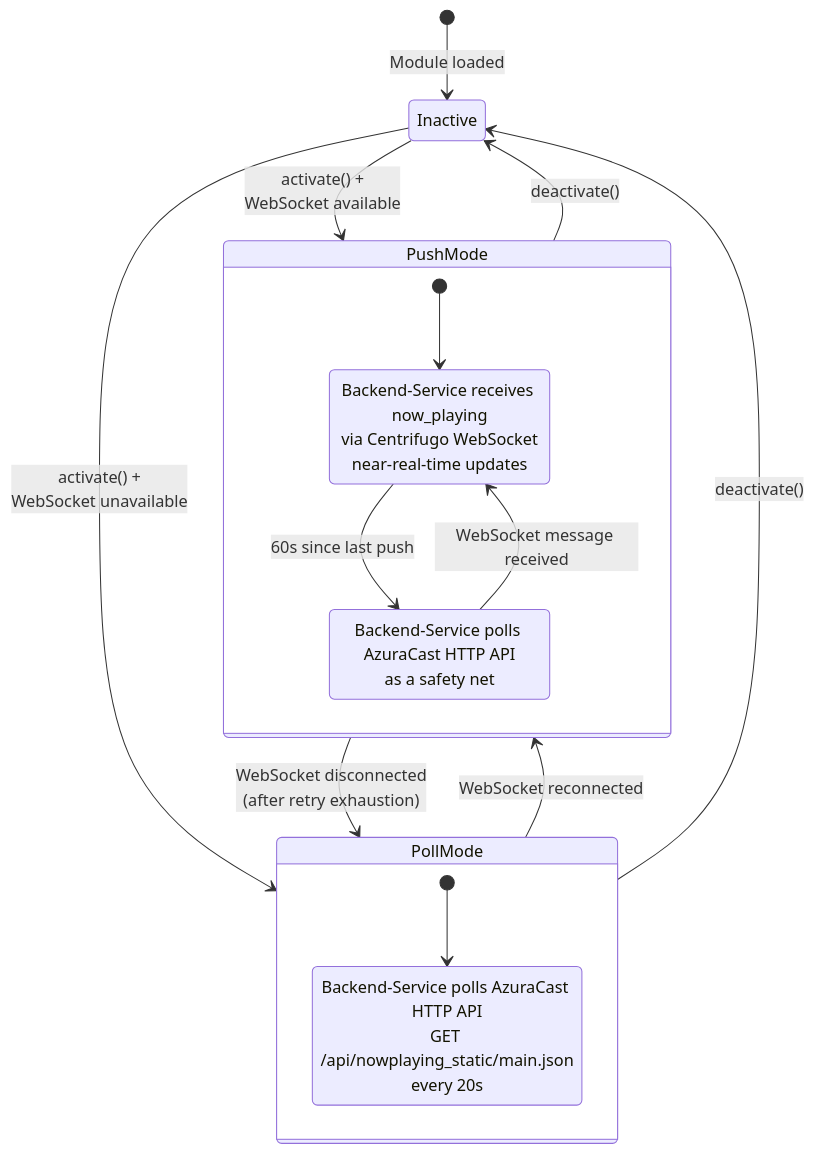
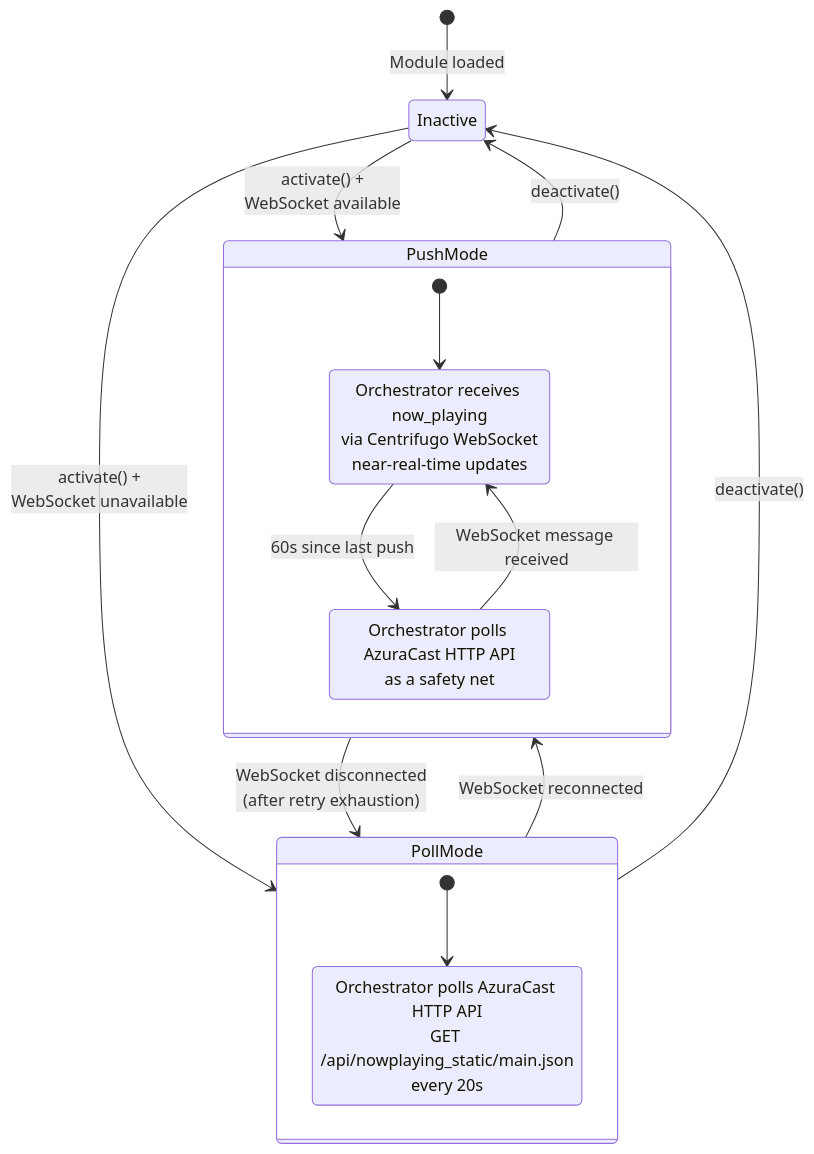
Before and after one commit to WXYC/auto-dj-arduino-switch: the sixth of 15 diagrams in docs/networking-spec.md, drawn with Mermaid. The commit also changed other lines of this file, not shown here.

First line of the commit message:
Refactor: orchestrator is a standalone service, not a Backend-Service module

````diff
--- a/docs/networking-spec.md
+++ b/docs/networking-spec.md
@@ -490,25 +518,25 @@
 ```mermaid
 stateDiagram-v2
     [*] --> Inactive: Module loaded
 
     Inactive --> PushMode: activate() +<br/>WebSocket available
     Inactive --> PollMode: activate() +<br/>WebSocket unavailable
 
     state PushMode {
         [*] --> Listening
-        Listening: Backend-Service receives now_playing<br/>via Centrifugo WebSocket<br/>near-real-time updates
+        Listening: Orchestrator receives now_playing<br/>via Centrifugo WebSocket<br/>near-real-time updates
         Listening --> SafetyPoll: 60s since last push
-        SafetyPoll: Backend-Service polls AzuraCast HTTP API<br/>as a safety net
+        SafetyPoll: Orchestrator polls AzuraCast HTTP API<br/>as a safety net
         SafetyPoll --> Listening: WebSocket message received
     }
 
     state PollMode {
         [*] --> Polling
-        Polling: Backend-Service polls AzuraCast HTTP API<br/>GET /api/nowplaying_static/main.json<br/>every 20s
+        Polling: Orchestrator polls AzuraCast HTTP API<br/>GET /api/nowplaying_static/main.json<br/>every 20s
     }
 
     PushMode --> PollMode: WebSocket disconnected<br/>(after retry exhaustion)
     PollMode --> PushMode: WebSocket reconnected
     PushMode --> Inactive: deactivate()
     PollMode --> Inactive: deactivate()
 ```
````
